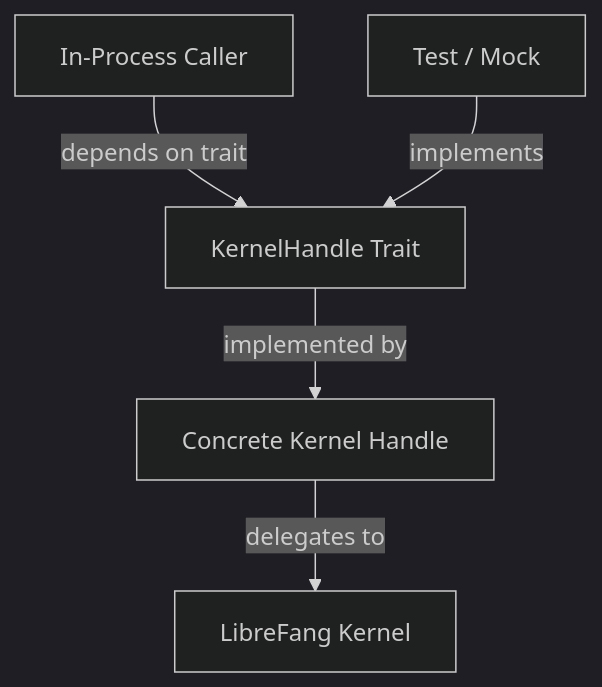
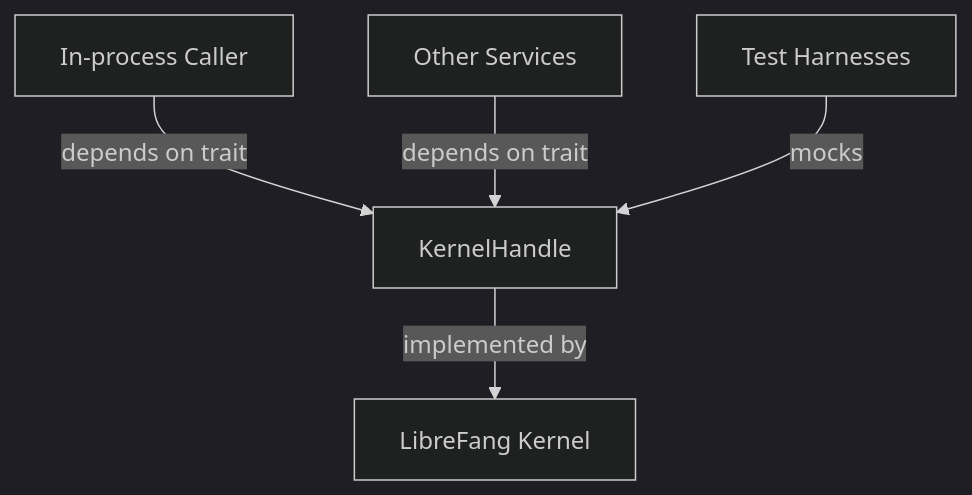
One commit to leszek3737/librefang-WIki changed the diagram in other-librefang-kernel-handle.md. Above: the diagram before and after it, drawn with Mermaid (dark theme). The commit also changed other lines of this file and 119 other files, not shown here.

````diff
--- a/other-librefang-kernel-handle.md
+++ b/other-librefang-kernel-handle.md
@@ -30,7 +13,7 @@
 ```mermaid
 graph TD
-    A[In-Process Caller] -->|depends on trait| B[KernelHandle Trait]
-    B -->|implemented by| C[Concrete Kernel Handle]
-    C -->|delegates to| D[LibreFang Kernel]
-    E[Test / Mock] -->|implements| B
+    A[In-process Caller] -->|depends on trait| B[KernelHandle]
+    B -->|implemented by| C[LibreFang Kernel]
+    D[Other Services] -->|depends on trait| B
+    E[Test Harnesses] -->|mocks| B
 ```
````
